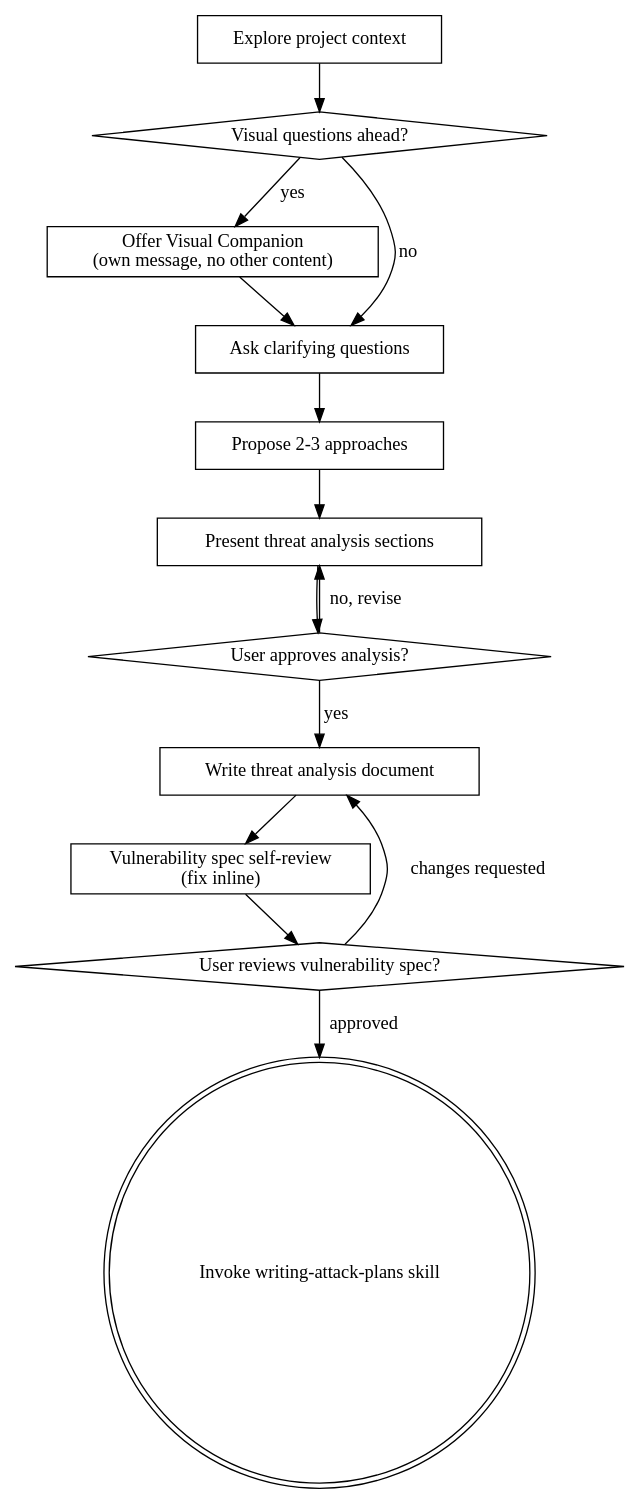
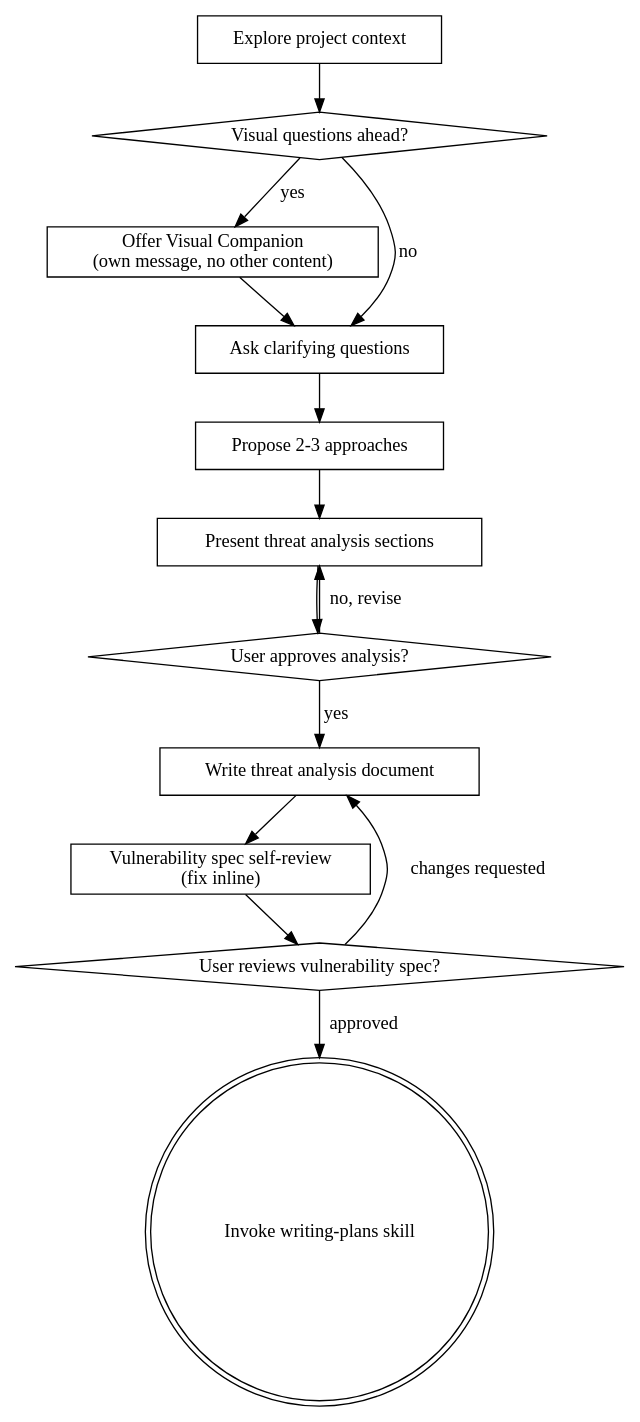
The diagram in core/skills/brainstorming/SKILL.md (simodev25/samourai-kali), drawn with Graphviz before and after one commit. The commit also changed other lines of this file and 28 other files, not shown here.

````diff
--- a/core/skills/brainstorming/SKILL.md
+++ b/core/skills/brainstorming/SKILL.md
@@ -36,29 +36,29 @@
 ```dot
 digraph brainstorming {
     "Explore project context" [shape=box];
     "Visual questions ahead?" [shape=diamond];
     "Offer Visual Companion\n(own message, no other content)" [shape=box];
     "Ask clarifying questions" [shape=box];
     "Propose 2-3 approaches" [shape=box];
     "Present threat analysis sections" [shape=box];
     "User approves analysis?" [shape=diamond];
     "Write threat analysis document" [shape=box];
     "Vulnerability spec self-review\n(fix inline)" [shape=box];
     "User reviews vulnerability spec?" [shape=diamond];
-    "Invoke writing-attack-plans skill" [shape=doublecircle];
+    "Invoke writing-plans skill" [shape=doublecircle];
 
     "Explore project context" -> "Visual questions ahead?";
     "Visual questions ahead?" -> "Offer Visual Companion\n(own message, no other content)" [label="yes"];
     "Visual questions ahead?" -> "Ask clarifying questions" [label="no"];
     "Offer Visual Companion\n(own message, no other content)" -> "Ask clarifying questions";
     "Ask clarifying questions" -> "Propose 2-3 approaches";
     "Propose 2-3 approaches" -> "Present threat analysis sections";
     "Present threat analysis sections" -> "User approves analysis?";
     "User approves analysis?" -> "Present threat analysis sections" [label="no, revise"];
     "User approves analysis?" -> "Write threat analysis document" [label="yes"];
     "Write threat analysis document" -> "Vulnerability spec self-review\n(fix inline)";
     "Vulnerability spec self-review\n(fix inline)" -> "User reviews vulnerability spec?";
     "User reviews vulnerability spec?" -> "Write threat analysis document" [label="changes requested"];
-    "User reviews vulnerability spec?" -> "Invoke writing-attack-plans skill" [label="approved"];
+    "User reviews vulnerability spec?" -> "Invoke writing-plans skill" [label="approved"];
 }
 ```
````
